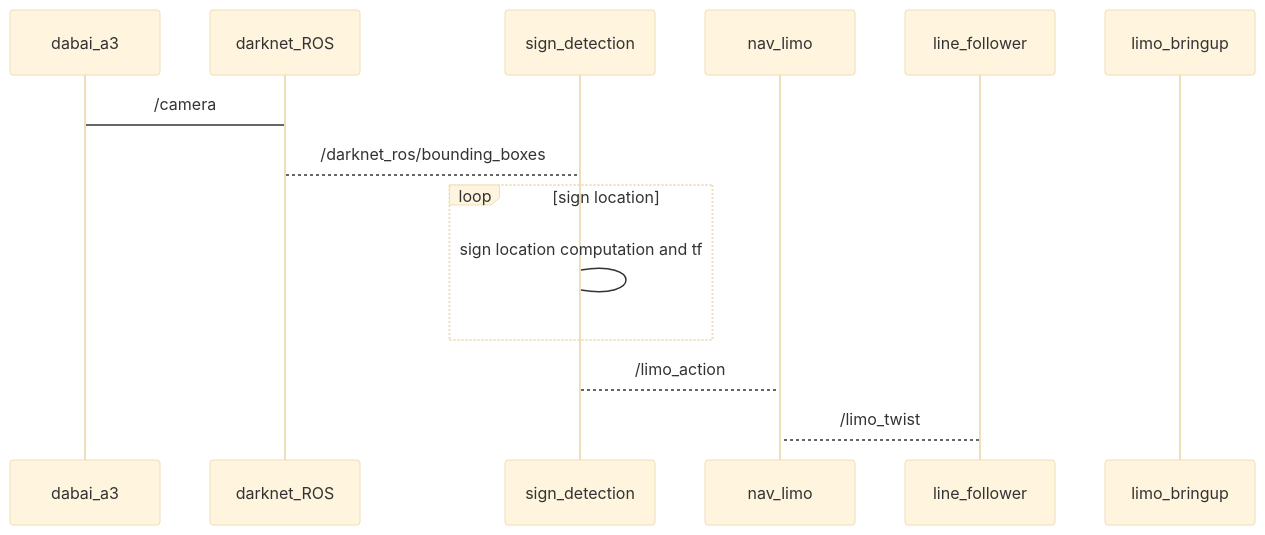
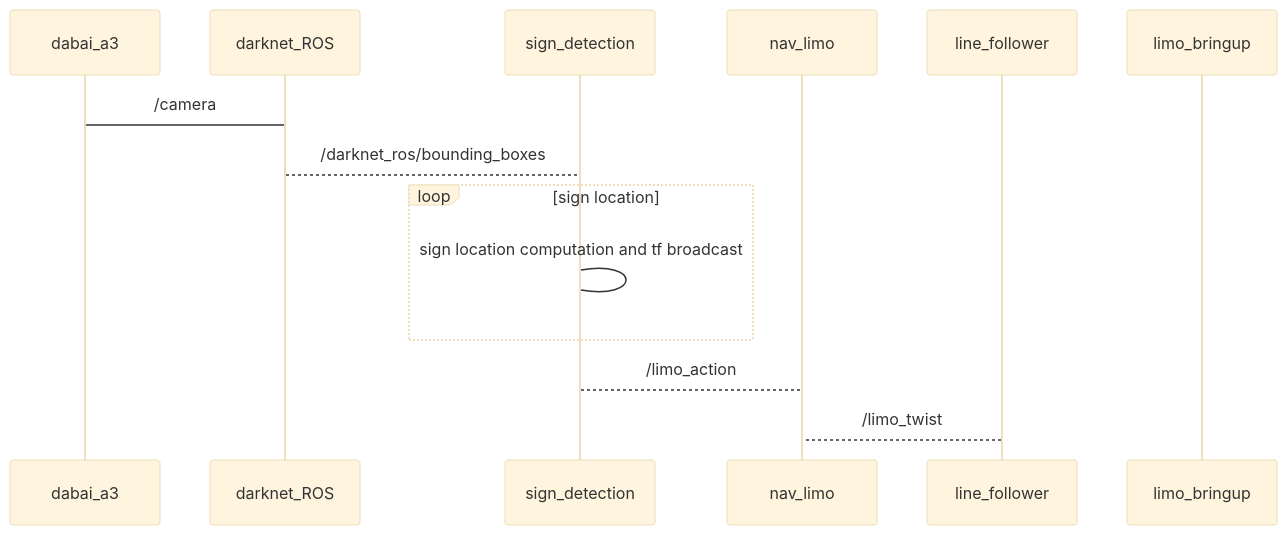
One commit to idwessough/autonomous-driving changed the fourth of 5 diagrams in README.md. Above: the diagram before and after it, drawn with Mermaid (base theme). The commit also changed other lines of this file and 10 other files, not shown here.

````diff
--- a/README.md
+++ b/README.md
@@ -117,18 +157,18 @@
 ```mermaid
 sequenceDiagram
     participant dabai_a3
     participant darknet_ROS
     participant sign_detection
     participant nav_limo
     participant line_follower
     participant limo_bringup
     dabai_a3->darknet_ROS: /camera
     darknet_ROS-->sign_detection: /darknet_ros/bounding_boxes
     loop sign location
-        sign_detection->sign_detection: sign location computation and tf
+        sign_detection->sign_detection: sign location computation and tf broadcast
     end
     sign_detection-->nav_limo: /limo_action
-    line_follower-->nav_limo: /limo_twist
+    line_follower-->nav_limo: /limo_twist 
 
     
 ```
````
